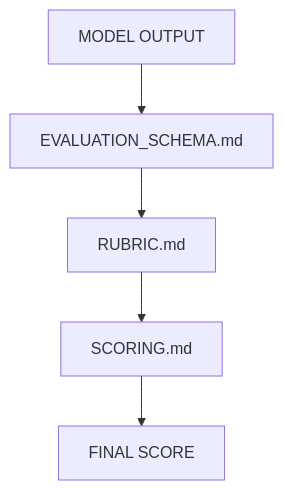
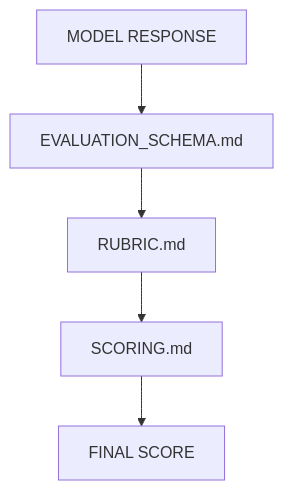
Before and after one commit to GeneralSergal/ORP: the first of 2 diagrams in core/ORP_META_MAP.md, drawn with Mermaid. The commit also changed other lines of this file, not shown here.

````diff
--- a/core/ORP_META_MAP.md
+++ b/core/ORP_META_MAP.md
@@ -108,7 +133,7 @@
 ```mermaid
 flowchart TD
-    A[MODEL OUTPUT] --> B[EVALUATION_SCHEMA.md]
+    A[MODEL RESPONSE] --> B[EVALUATION_SCHEMA.md]
     B --> C[RUBRIC.md]
     C --> D[SCORING.md]
     D --> E[FINAL SCORE]
 ```
````
